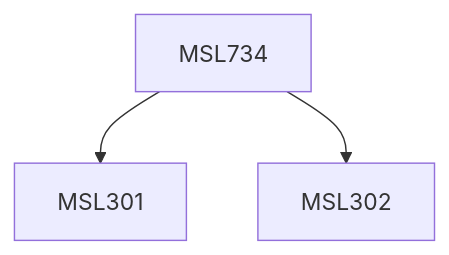
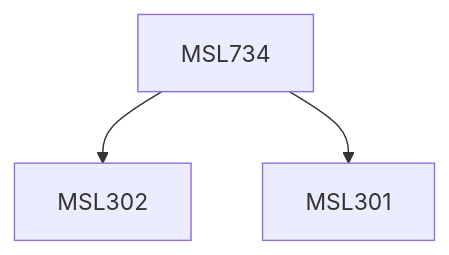
Before and after one commit to KeshavBansal0122/CoS_Website: the diagram in content/Management Studies/MSL734.md, drawn with Mermaid. The commit also changed other lines of this file and 392 other files, not shown here.

````diff
--- a/content/Management Studies/MSL734.md
+++ b/content/Management Studies/MSL734.md
@@ -17,9 +17,9 @@
 ```mermaid
 flowchart TD
 MSL734-528[MSL734]
+MSL734-528 --> MSL302-528[MSL302]
 MSL734-528 --> MSL301-528[MSL301]
-MSL734-528 --> MSL302-528[MSL302]
 
 classDef empty height:17px, fill:transparent, stroke:transparent;
 classDef trueEmpty height:0px, width:0px;
 ```
````
